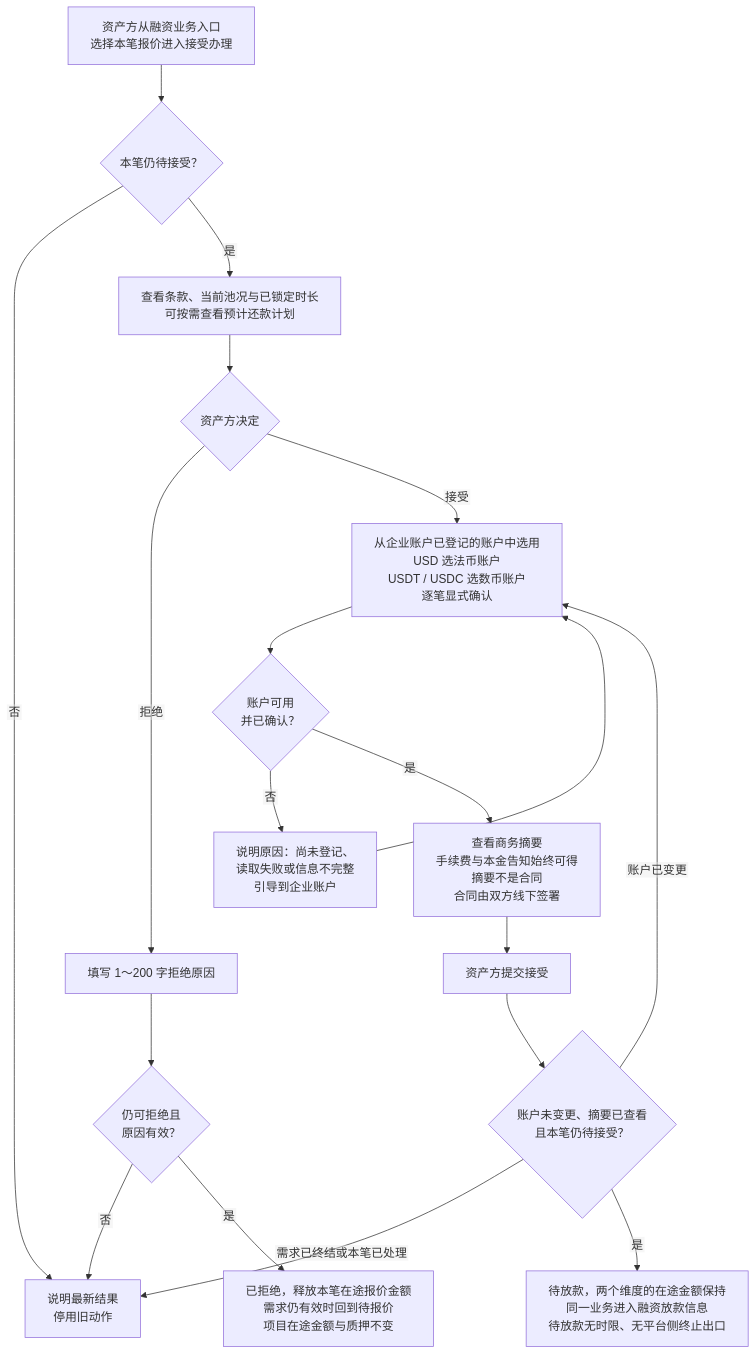
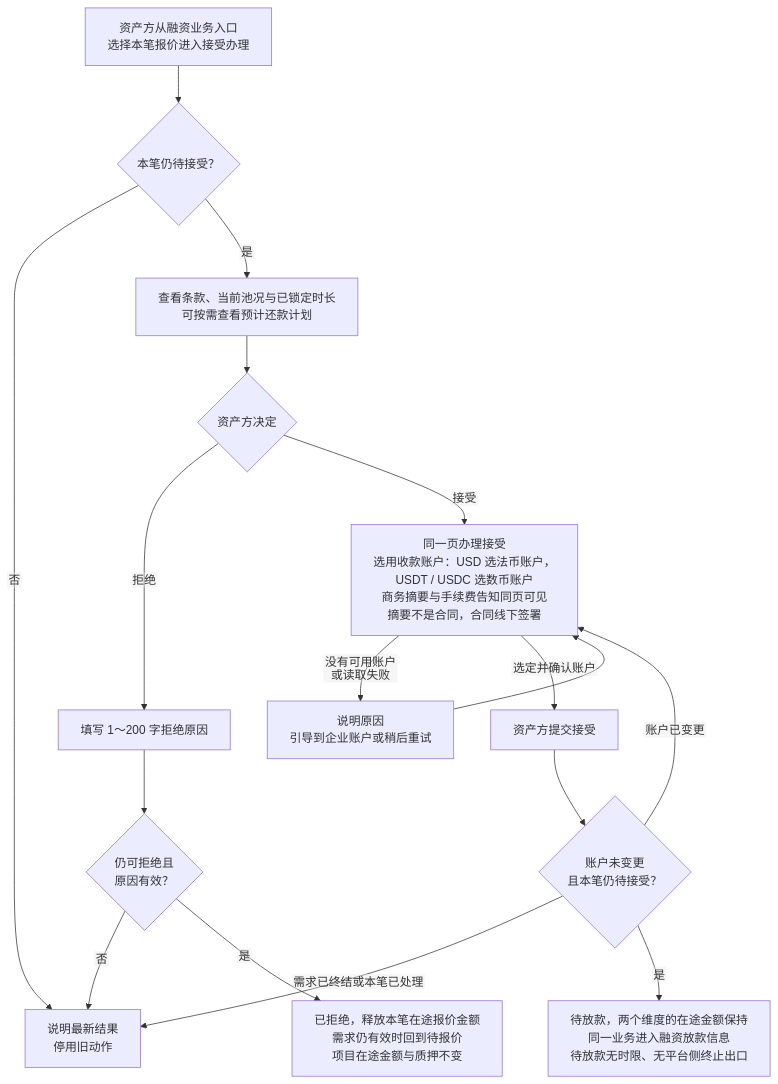
Before and after one commit to wxblockchain/Chain-Financing: the second of 8 diagrams in lending-platform/PRD/面客端/06-借贷广场-授信报价与接受拒绝/02-授信报价与接受拒绝-流程图与状态机.md, drawn with Mermaid. The commit also changed other lines of this file and 2 other files, not shown here.

````diff
--- a/lending-platform/PRD/面客端/06-借贷广场-授信报价与接受拒绝/02-授信报价与接受拒绝-流程图与状态机.md
+++ b/lending-platform/PRD/面客端/06-借贷广场-授信报价与接受拒绝/02-授信报价与接受拒绝-流程图与状态机.md
@@ -51,22 +50,20 @@
 ```mermaid
 %%{init: {"flowchart": {"htmlLabels": false, "wrappingWidth": 400}}}%%
 flowchart TD
   A["资产方从融资业务入口<br/>选择本笔报价进入接受办理"] --> B{"本笔仍待接受？"}
   B -->|"否"| X["说明最新结果<br/>停用旧动作"]
   B -->|"是"| C["查看条款、当前池况与已锁定时长<br/>可按需查看预计还款计划"]
   C --> D{"资产方决定"}
   D -->|"拒绝"| R["填写 1～200 字拒绝原因"]
   R --> R1{"仍可拒绝且<br/>原因有效？"}
   R1 -->|"否"| X
   R1 -->|"是"| R2["已拒绝，释放本笔在途报价金额<br/>需求仍有效时回到待报价<br/>项目在途金额与质押不变"]
-  D -->|"接受"| E["从企业账户已登记的账户中选用<br/>USD 选法币账户<br/>USDT / USDC 选数币账户<br/>逐笔显式确认"]
-  E --> F{"账户可用<br/>并已确认？"}
-  F -->|"否"| E1["说明原因：尚未登记、<br/>读取失败或信息不完整<br/>引导到企业账户"]
+  D -->|"接受"| E["同一页办理接受<br/>选用收款账户：USD 选法币账户，<br/>USDT / USDC 选数币账户<br/>商务摘要与手续费告知同页可见<br/>摘要不是合同，合同线下签署"]
+  E -->|"没有可用账户<br/>或读取失败"| E1["说明原因<br/>引导到企业账户或稍后重试"]
   E1 --> E
-  F -->|"是"| G["查看商务摘要<br/>手续费与本金告知始终可得<br/>摘要不是合同<br/>合同由双方线下签署"]
-  G --> J["资产方提交接受"]
-  J --> K{"账户未变更、摘要已查看<br/>且本笔仍待接受？"}
+  E -->|"选定并确认账户"| J["资产方提交接受"]
+  J --> K{"账户未变更<br/>且本笔仍待接受？"}
   K -->|"需求已终结或本笔已处理"| X
   K -->|"账户已变更"| E
   K -->|"是"| L["待放款，两个维度的在途金额保持<br/>同一业务进入融资放款信息<br/>待放款无时限、无平台侧终止出口"]
 ```
````
